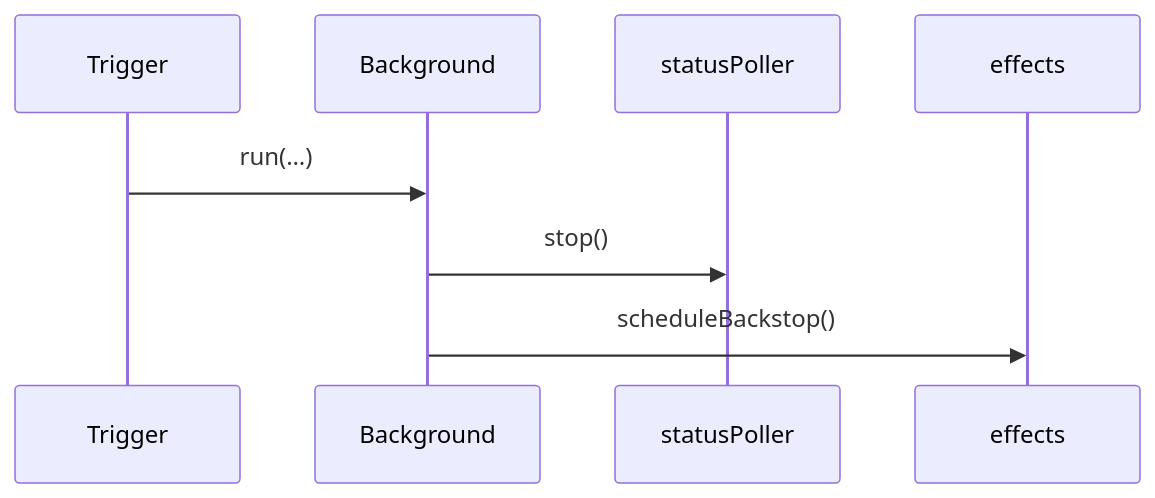
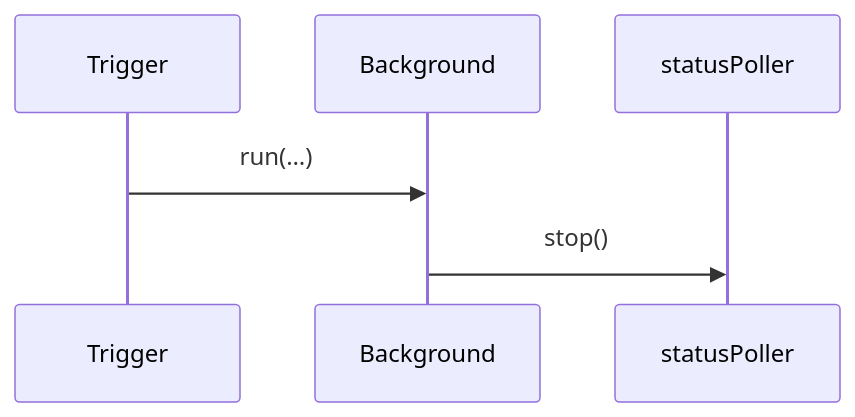
The diagram in architecture/flows/Background.md (stefanhoelzl/SnapSync), drawn with Mermaid before and after one commit. The commit also changed 6 other files, not shown here.

First line of the commit message:
internal(architecture-diagrams): regenerate for own work per wake

````diff
--- a/architecture/flows/Background.md
+++ b/architecture/flows/Background.md
@@ -14,10 +14,8 @@
 ```mermaid
 sequenceDiagram
   participant Trigger
   participant Background
   participant statusPoller
-  participant effects
   Trigger->>Background: run(…)
   Background->>statusPoller: stop()
-  Background->>effects: scheduleBackstop()
 ```
````
